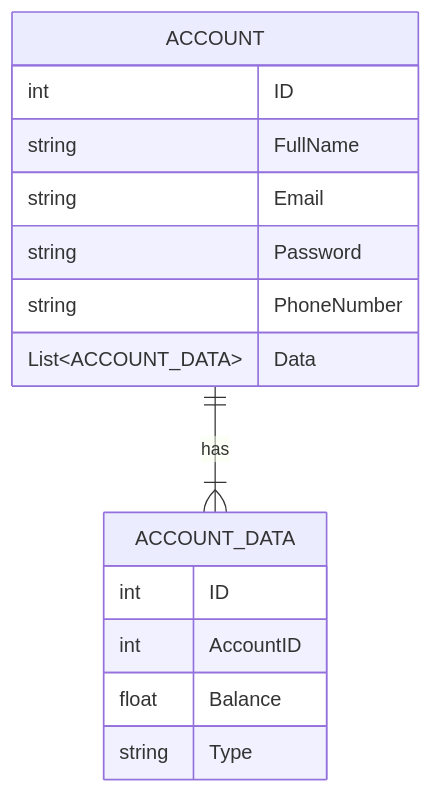
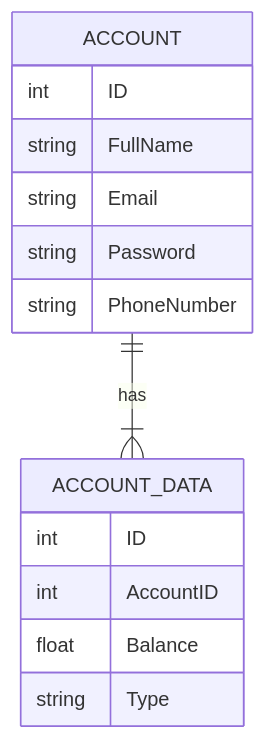
One commit to JET-NilsM/Practice-FinanceApp changed the diagram in TransactionService/Docs/Diagrams/ERDiagram.md. Above: the diagram before and after it, drawn with Mermaid. The commit also changed 1 other file, not shown here.

Commit message:
Small updates to ER and sequence

````diff
--- a/TransactionService/Docs/Diagrams/ERDiagram.md
+++ b/TransactionService/Docs/Diagrams/ERDiagram.md
@@ -1,21 +1,20 @@
 ```mermaid
 erDiagram
     ACCOUNT { 
         int ID
         string FullName
         string Email
         string Password
         string PhoneNumber
-        List~ACCOUNT_DATA~ Data
     }
     
     ACCOUNT_DATA{
         int ID
         int AccountID
         float Balance
         string Type
     }
     
     ACCOUNT ||--|{ ACCOUNT_DATA : has
     
 ```
````
